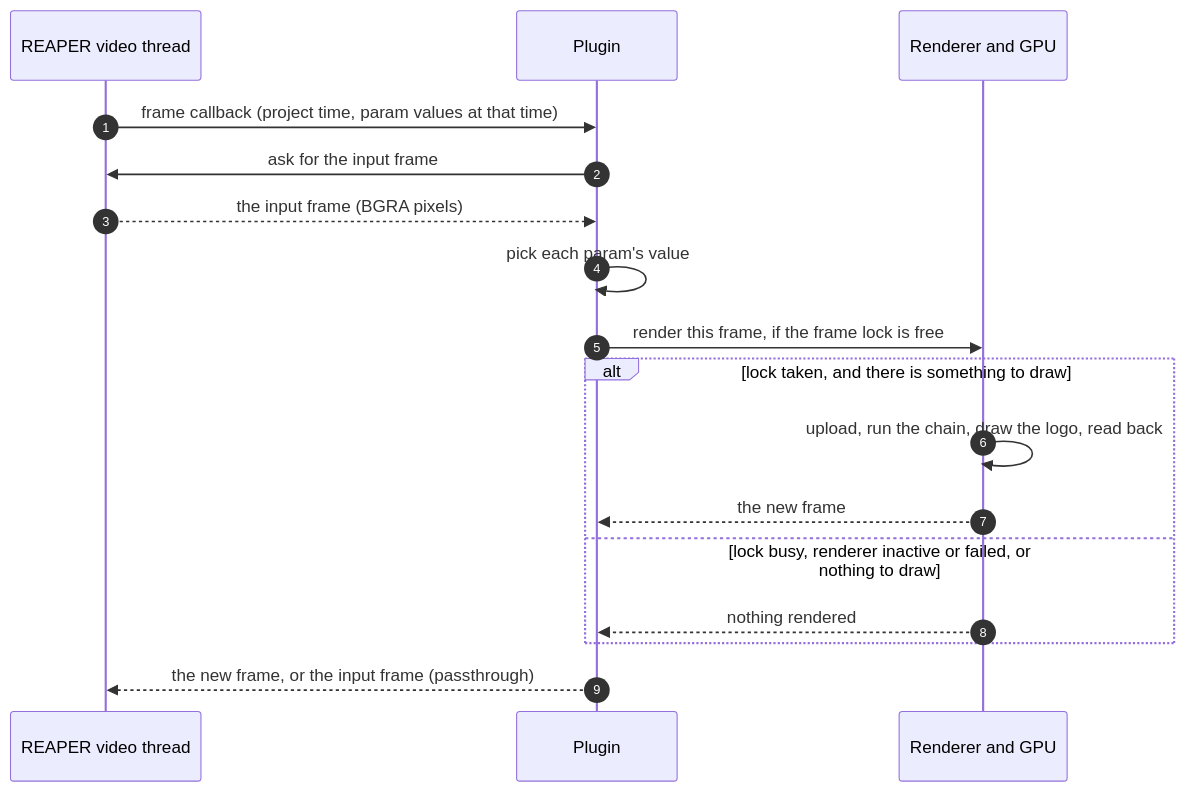
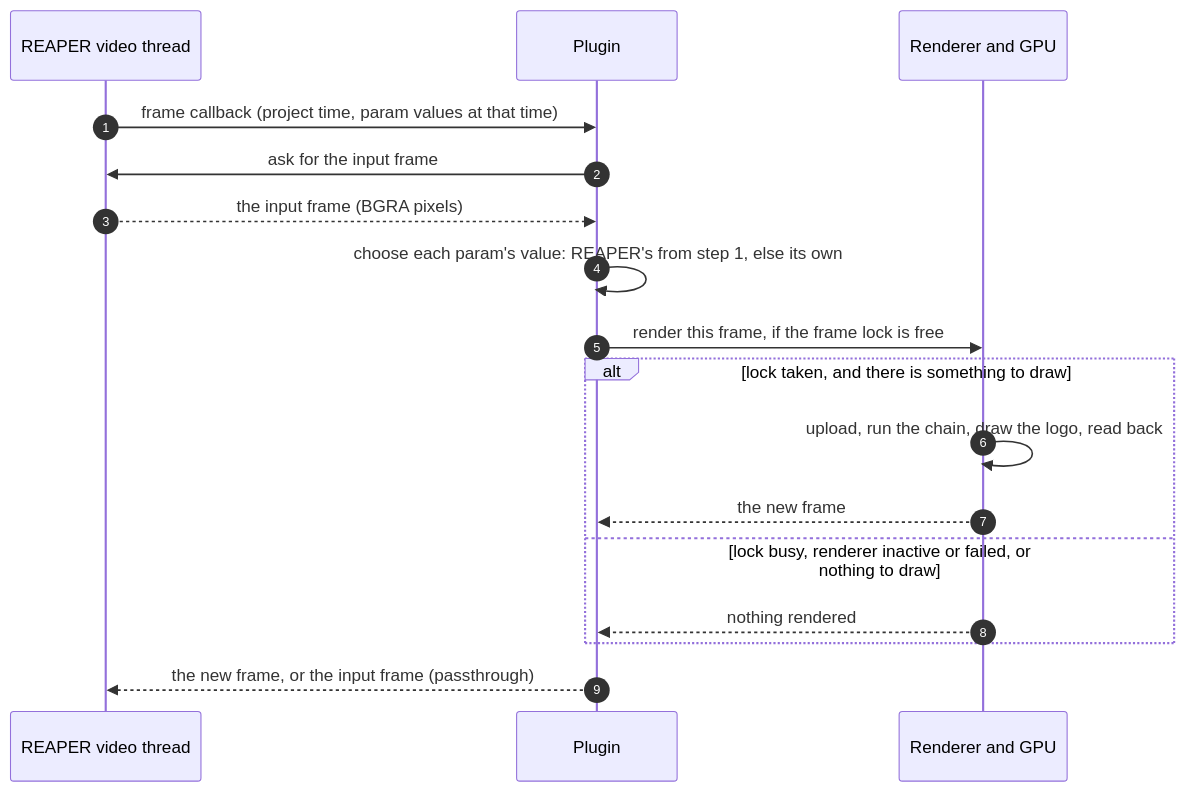
Before and after one commit to emanuelemessina/ReaShader: the third of 12 diagrams in doc/architecture.md, drawn with Mermaid. The commit also changed other lines of this file and 3 other files, not shown here.

Commit message:
architecture doc refactor pt2

````diff
--- a/doc/architecture.md
+++ b/doc/architecture.md
@@ -105,19 +105,19 @@
 ```mermaid
 sequenceDiagram
     autonumber
     participant R as REAPER video thread
     participant P as Plugin
     participant G as Renderer and GPU
     R->>P: frame callback (project time, param values at that time)
     P->>R: ask for the input frame
     R-->>P: the input frame (BGRA pixels)
-    P->>P: pick each param's value
+    P->>P: choose each param's value: REAPER's from step 1, else its own
     P->>G: render this frame, if the frame lock is free
     alt lock taken, and there is something to draw
         G->>G: upload, run the chain, draw the logo, read back
         G-->>P: the new frame
     else lock busy, renderer inactive or failed, or nothing to draw
         G-->>P: nothing rendered
     end
     P-->>R: the new frame, or the input frame (passthrough)
 ```
````
